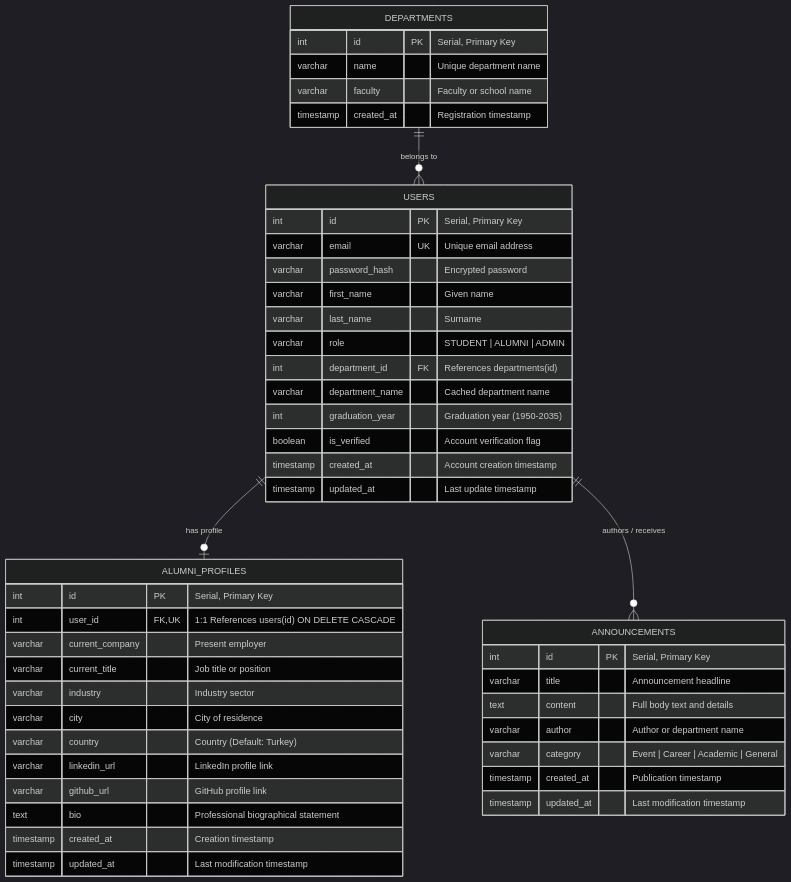
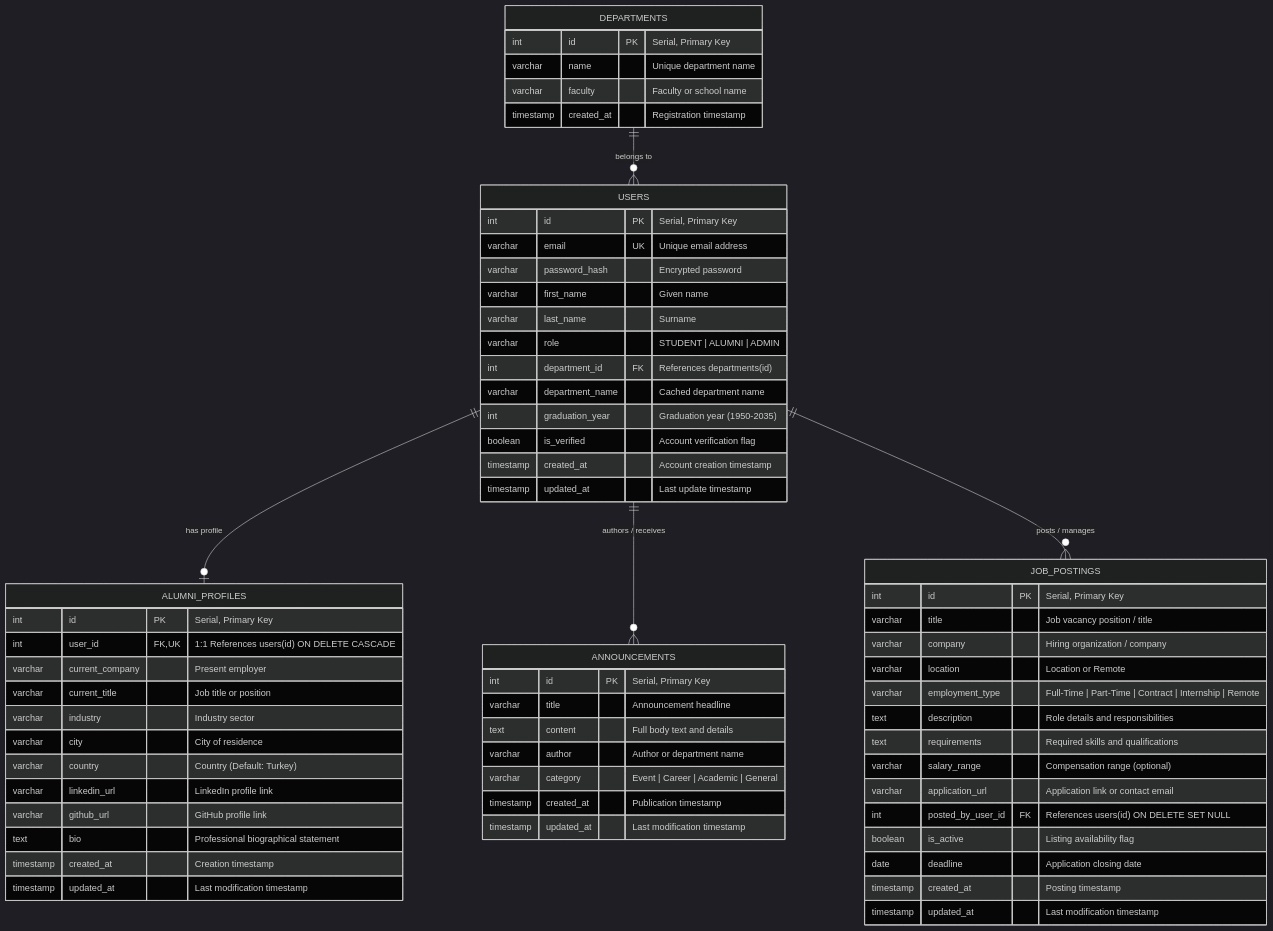
The diagram in ddd.md (ceydasenemyigit/alumni), drawn with Mermaid (dark theme) before and after one commit. The commit also changed other lines of this file and 2 other files, not shown here.

Commit message:
docs: add job_postings table to ddd.md, erd, schema dictionary, and init.sql

````diff
--- a/ddd.md
+++ b/ddd.md
@@ -30,53 +31,71 @@
 ```mermaid
 erDiagram
     DEPARTMENTS ||--o{ USERS : "belongs to"
     USERS ||--o| ALUMNI_PROFILES : "has profile"
     USERS ||--o{ ANNOUNCEMENTS : "authors / receives"
+    USERS ||--o{ JOB_POSTINGS : "posts / manages"
 
     DEPARTMENTS {
         int id PK "Serial, Primary Key"
         varchar name "Unique department name"
         varchar faculty "Faculty or school name"
         timestamp created_at "Registration timestamp"
     }
 
     USERS {
         int id PK "Serial, Primary Key"
         varchar email UK "Unique email address"
         varchar password_hash "Encrypted password"
         varchar first_name "Given name"
         varchar last_name "Surname"
         varchar role "STUDENT | ALUMNI | ADMIN"
         int department_id FK "References departments(id)"
         varchar department_name "Cached department name"
         int graduation_year "Graduation year (1950-2035)"
         boolean is_verified "Account verification flag"
         timestamp created_at "Account creation timestamp"
         timestamp updated_at "Last update timestamp"
     }
 
     ALUMNI_PROFILES {
         int id PK "Serial, Primary Key"
         int user_id FK, UK "1:1 References users(id) ON DELETE CASCADE"
         varchar current_company "Present employer"
         varchar current_title "Job title or position"
         varchar industry "Industry sector"
         varchar city "City of residence"
         varchar country "Country (Default: Turkey)"
         varchar linkedin_url "LinkedIn profile link"
         varchar github_url "GitHub profile link"
         text bio "Professional biographical statement"
         timestamp created_at "Creation timestamp"
         timestamp updated_at "Last modification timestamp"
     }
 
     ANNOUNCEMENTS {
         int id PK "Serial, Primary Key"
         varchar title "Announcement headline"
         text content "Full body text and details"
         varchar author "Author or department name"
         varchar category "Event | Career | Academic | General"
         timestamp created_at "Publication timestamp"
         timestamp updated_at "Last modification timestamp"
     }
+
+    JOB_POSTINGS {
+        int id PK "Serial, Primary Key"
+        varchar title "Job vacancy position / title"
+        varchar company "Hiring organization / company"
+        varchar location "Location or Remote"
+        varchar employment_type "Full-Time | Part-Time | Contract | Internship | Remote"
+        text description "Role details and responsibilities"
+        text requirements "Required skills and qualifications"
+        varchar salary_range "Compensation range (optional)"
+        varchar application_url "Application link or contact email"
+        int posted_by_user_id FK "References users(id) ON DELETE SET NULL"
+        boolean is_active "Listing availability flag"
+        date deadline "Application closing date"
+        timestamp created_at "Posting timestamp"
+        timestamp updated_at "Last modification timestamp"
+    }
 ```
````
